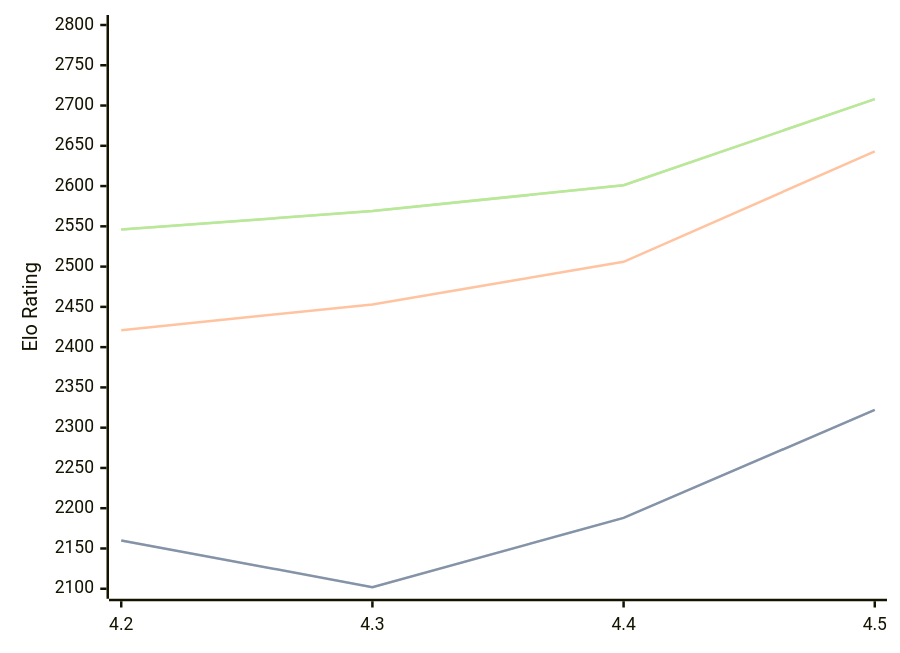
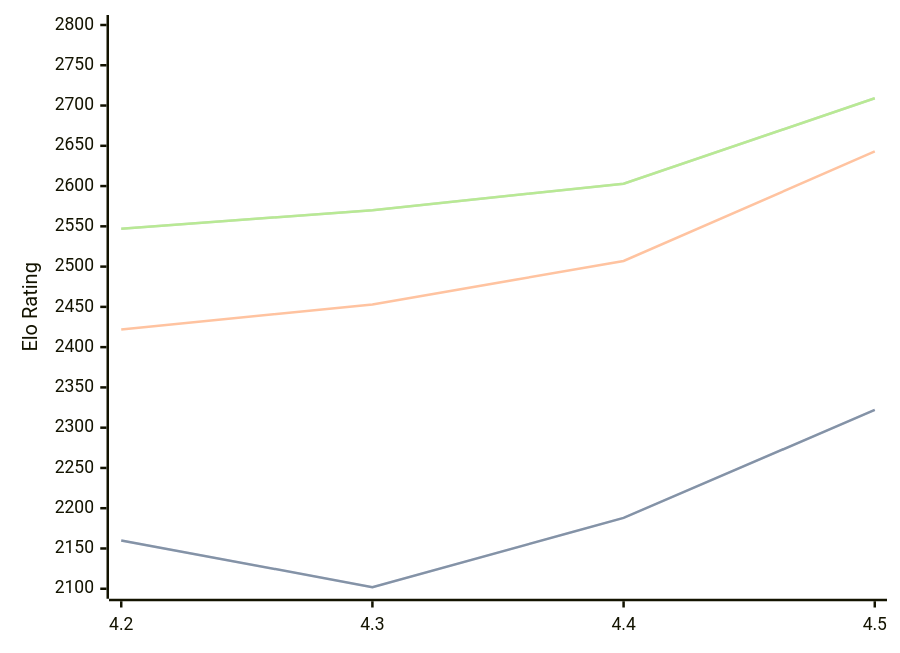
One commit to computer-chess-index/cci changed the diagram in engines/Eubos.md. Above: the diagram before and after it, drawn with Mermaid. The commit also changed other lines of this file, not shown here.

Commit message:
Update CCI Ratings (ELO VLTC) - 2026-09-07

````diff
--- a/engines/Eubos.md
+++ b/engines/Eubos.md
@@ -34,11 +34,11 @@
 ```mermaid
 %%{init: {"theme":"base","themeVariables":{"seriesColors:['#a3a3a3','#222221','#faa371']}}}%%
 xychart-beta
   x-axis ["4.2", "4.3", "4.4", "4.5"]
   y-axis "Elo Rating" 2100 --> 2800
   line "" [2160, 2102, 2188, 2322]
   line "STC (8.0+0.08s)" [2160, 2102, 2188, 2322]
-  line "LTC (60.0+0.60s)" [2421, 2453, 2506, 2643]
-  line "" [2546, 2569, 2601, 2708]
-  line "VLTC (2m24s+1.12s)" [2546, 2569, 2601, 2708]
+  line "LTC (60.0+0.60s)" [2422, 2453, 2507, 2643]
+  line "" [2547, 2570, 2603, 2709]
+  line "VLTC (2m24s+1.12s)" [2547, 2570, 2603, 2709]
 ```
````
